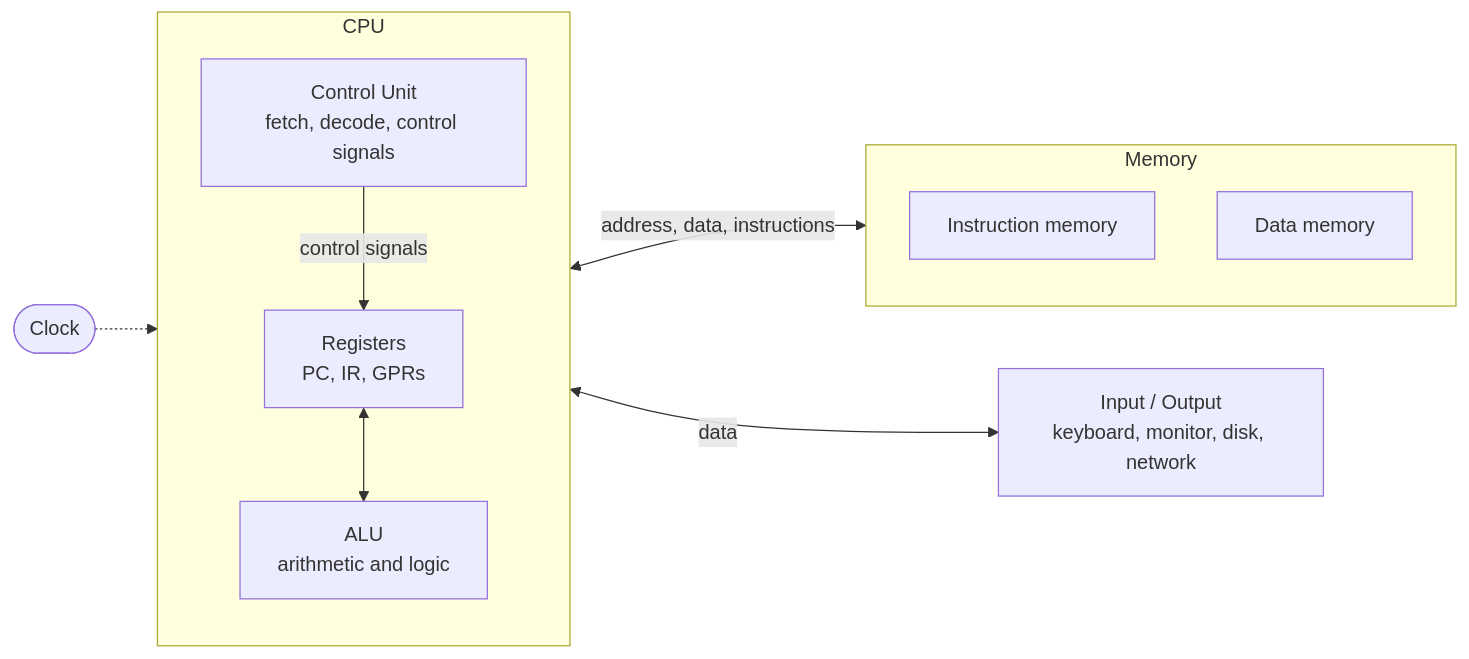
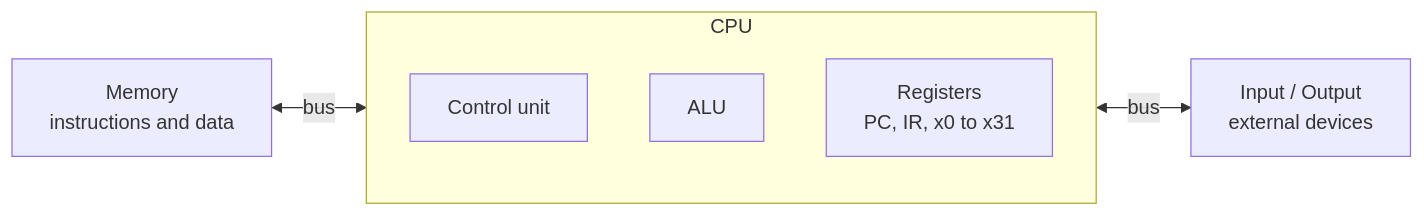
The first of 2 diagrams in src/College/yearThree/firstTerm/ComputerArchitecture/Tasks/Task-1.md (AhmedOsman101/Obsidian), drawn with Mermaid before and after one commit. The commit also changed other lines of this file, not shown here.

````diff
--- a/src/College/yearThree/firstTerm/ComputerArchitecture/Tasks/Task-1.md
+++ b/src/College/yearThree/firstTerm/ComputerArchitecture/Tasks/Task-1.md
@@ -82,22 +40,13 @@
 ```mermaid
 flowchart LR
-  subgraph M[Memory]
-    IM[Instruction memory]
-    DM[Data memory]
+  MEM["Memory<br/>instructions and data"]
+  subgraph CPU["CPU"]
+    direction TB
+    CU["Control unit"]
+    ALU["ALU"]
+    REG["Registers<br/>PC, IR, x0 to x31"]
   end
-
-  subgraph C[CPU]
-    CU[Control Unit<br/>fetch, decode, control signals]
-    REG[Registers<br/>PC, IR, GPRs]
-    ALU[ALU<br/>arithmetic and logic]
-  end
-
-  IO[Input / Output<br/>keyboard, monitor, disk, network]
-  CLK([Clock])
-
-  CU -->|control signals| REG
-  REG <--> ALU
-  C <-->|address, data, instructions| M
-  C <-->|data| IO
-  CLK -.-> C
+  IO["Input / Output<br/>external devices"]
+  MEM <-->|bus| CPU
+  CPU <-->|bus| IO
 ```
````
